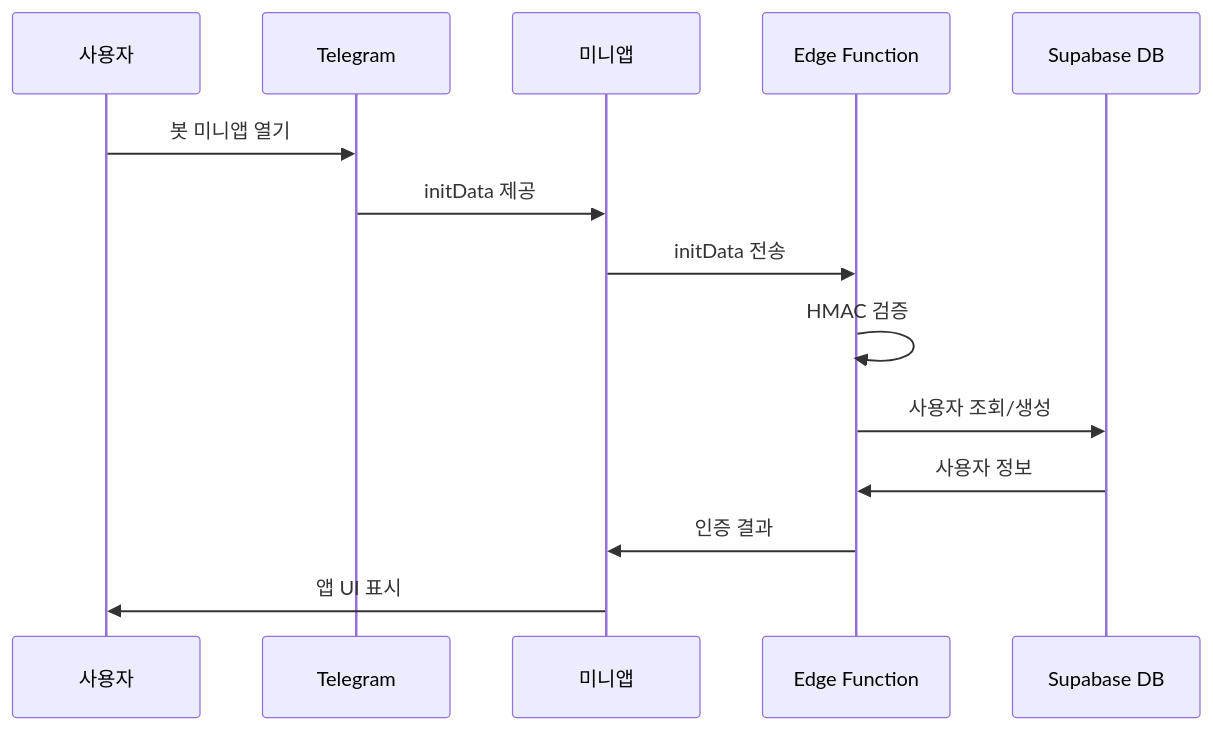
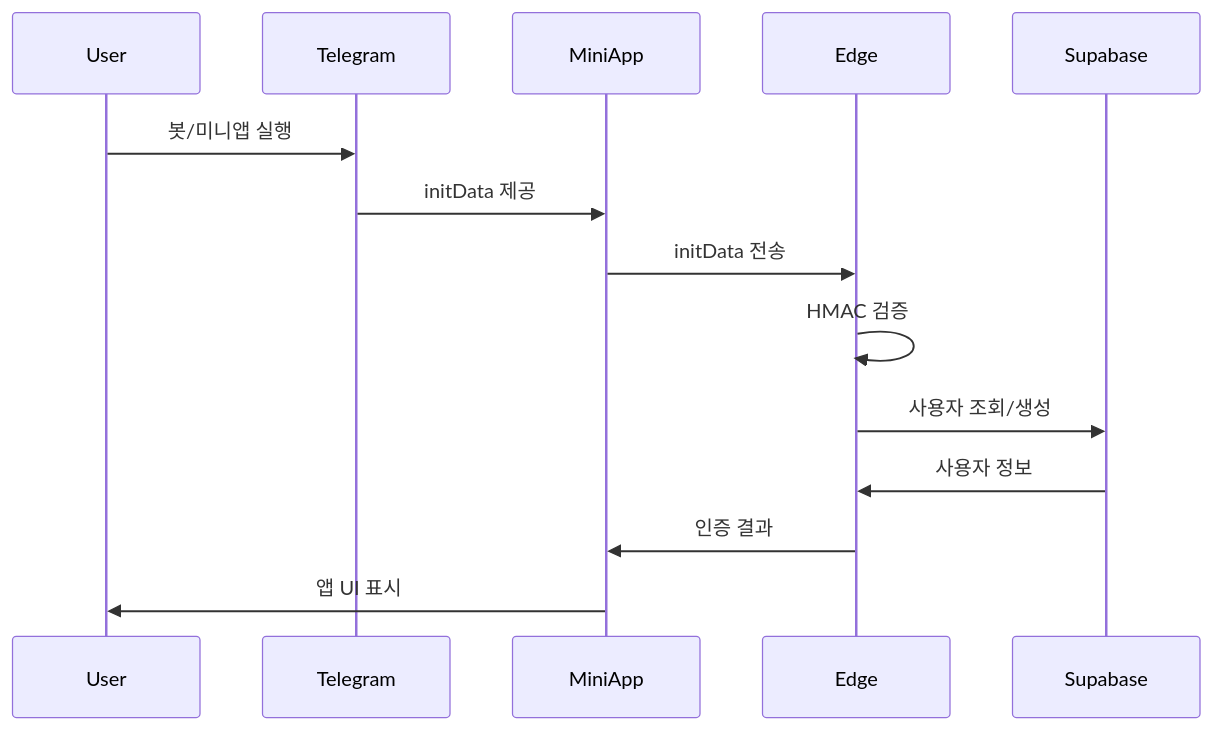
One commit to GyeongChan-Jang/fragmetric-tg-miniapp changed the diagram in README.md. Above: the diagram before and after it, drawn with Mermaid. The commit also changed other lines of this file, not shown here.

````diff
--- a/README.md
+++ b/README.md
@@ -336,17 +153,17 @@
-```mermaid
-sequenceDiagram
-    participant User as 사용자
-    participant TG as Telegram
-    participant App as 미니앱
-    participant Edge as Edge Function
-    participant DB as Supabase DB
+   ```mermaid
+   sequenceDiagram
+       participant User
+       participant Telegram
+       participant MiniApp
+       participant Edge
+       participant Supabase
 
-    User->>TG: 봇 미니앱 열기
-    TG->>App: initData 제공
-    App->>Edge: initData 전송
-    Edge->>Edge: HMAC 검증
-    Edge->>DB: 사용자 조회/생성
-    DB->>Edge: 사용자 정보
-    Edge->>App: 인증 결과
-    App->>User: 앱 UI 표시
-```
+       User->>Telegram: 봇/미니앱 실행
+       Telegram->>MiniApp: initData 제공
+       MiniApp->>Edge: initData 전송
+       Edge->>Edge: HMAC 검증
+       Edge->>Supabase: 사용자 조회/생성
+       Supabase->>Edge: 사용자 정보
+       Edge->>MiniApp: 인증 결과
+       MiniApp->>User: 앱 UI 표시
+   ```
````
